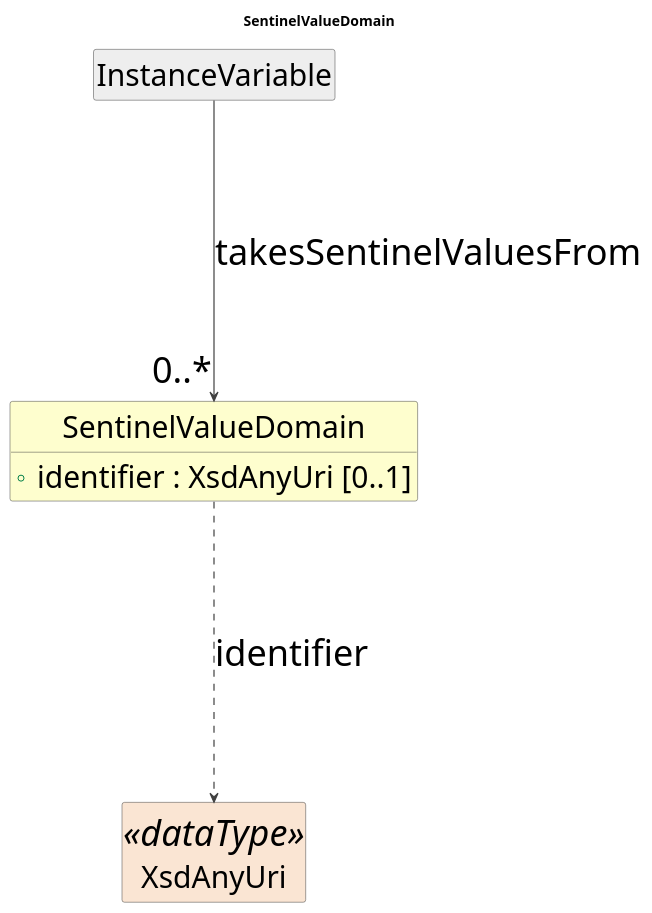
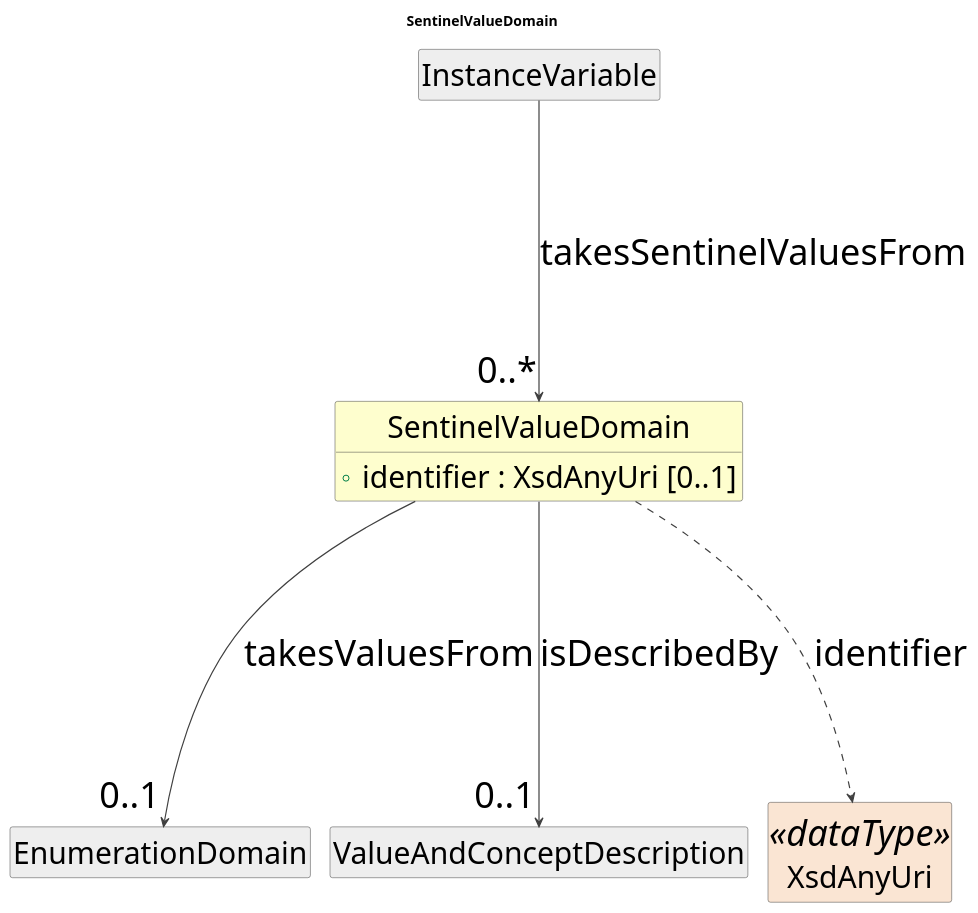
The diagram in cdif-uml-model/_plantuml/discoveryDataDescription/Classes/SentinelValueDomain.pu (Cross-Domain-Interoperability-Framework/metadataBuildingBlocks), drawn with PlantUML before and after one commit. The commit also changed 485 other files, not shown here.

```diff
--- a/cdif-uml-model/_plantuml/discoveryDataDescription/Classes/SentinelValueDomain.pu
+++ b/cdif-uml-model/_plantuml/discoveryDataDescription/Classes/SentinelValueDomain.pu
@@ -1,25 +1,29 @@
 @startuml
 title SentinelValueDomain
 hide circle
 hide empty members
 skinparam shadowing false
 skinparam ArrowThickness 1.2
 skinparam ranksep 250
 skinparam nodesep 20
 skinparam defaultFontSize 36
 skinparam class {
   ArrowColor #404040
   BorderColor #404040
   FontSize 36
   AttributeFontSize 30
 }
 
 class "SentinelValueDomain" as SentinelValueDomain #FEFECE {
   +identifier : XsdAnyUri [0..1]
 }
 class "InstanceVariable" as InstanceVariable #EEEEEE
 InstanceVariable --> "0..*" SentinelValueDomain : takesSentinelValuesFrom
+class "EnumerationDomain" as EnumerationDomain #EEEEEE
+SentinelValueDomain --> "0..1" EnumerationDomain : takesValuesFrom
+class "ValueAndConceptDescription" as ValueAndConceptDescription #EEEEEE
+SentinelValueDomain --> "0..1" ValueAndConceptDescription : isDescribedBy
 class "XsdAnyUri" as XsdAnyUri <<dataType>> #FAE5D3
 SentinelValueDomain ..> XsdAnyUri : identifier
 
 @enduml
```
